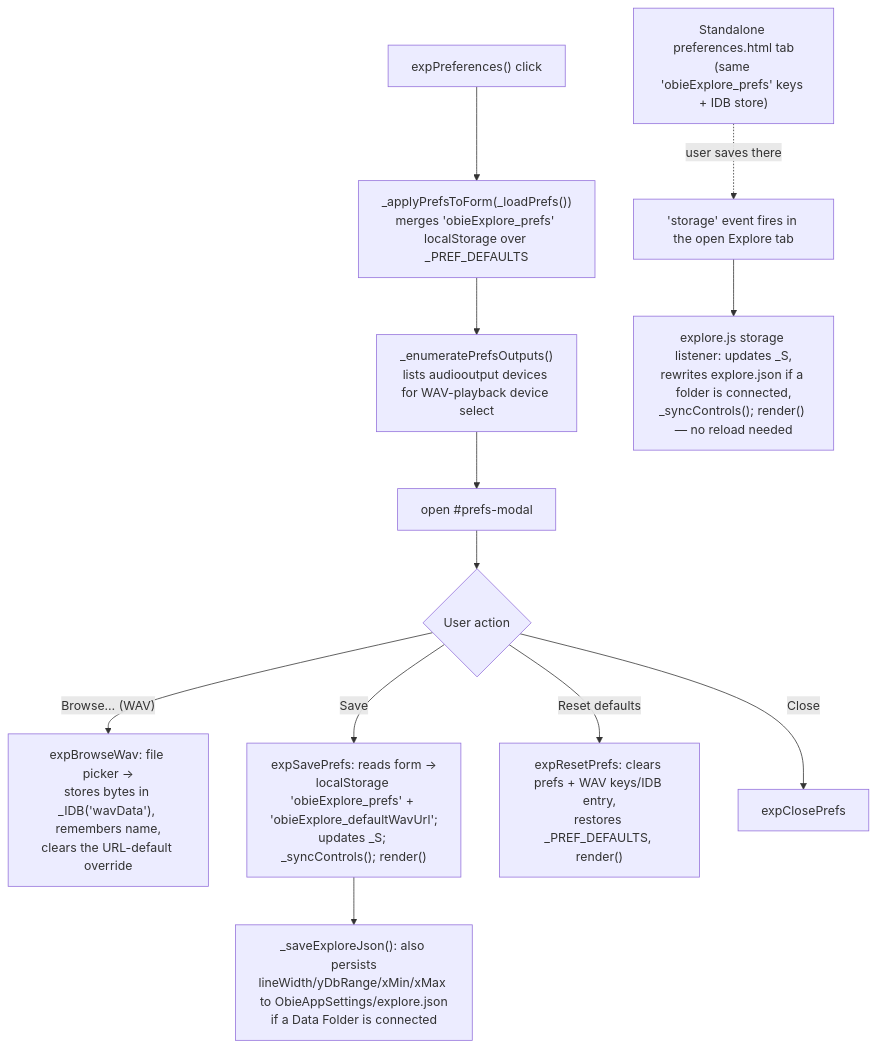
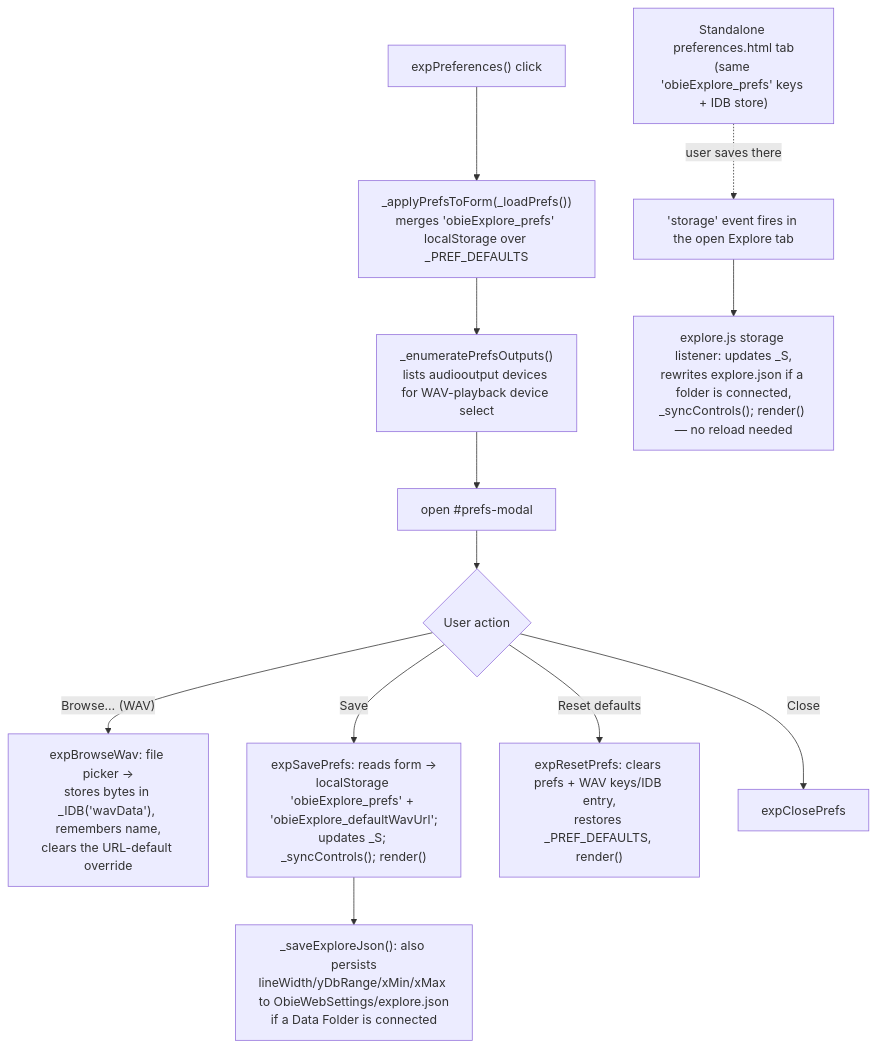
Before and after one commit to chrisbuerginrogers/ObieApp: the eighth of 8 diagrams in Web/tools/explore/FLOWCHART.md, drawn with Mermaid. The commit also changed other lines of this file and 28 other files, not shown here.

First line of the commit message:
Rename settings folder ObieAppSettings to ObieWebSettings

````diff
--- a/Web/tools/explore/FLOWCHART.md
+++ b/Web/tools/explore/FLOWCHART.md
@@ -200,14 +200,14 @@
 ```mermaid
 flowchart TD
     A["expPreferences() click"] --> B["_applyPrefsToForm(_loadPrefs())\nmerges 'obieExplore_prefs' localStorage over _PREF_DEFAULTS"]
     B --> C["_enumeratePrefsOutputs()\nlists audiooutput devices for WAV-playback device select"]
     C --> D["open #prefs-modal"]
     D --> E{"User action"}
     E -- "Browse… (WAV)" --> F["expBrowseWav: file picker ->\nstores bytes in _IDB('wavData'), remembers name,\nclears the URL-default override"]
     E -- "Save" --> G["expSavePrefs: reads form ->\nlocalStorage 'obieExplore_prefs' + 'obieExplore_defaultWavUrl';\nupdates _S; _syncControls(); render()"]
-    G --> H["_saveExploreJson(): also persists\nlineWidth/yDbRange/xMin/xMax to ObieAppSettings/explore.json\nif a Data Folder is connected"]
+    G --> H["_saveExploreJson(): also persists\nlineWidth/yDbRange/xMin/xMax to ObieWebSettings/explore.json\nif a Data Folder is connected"]
     E -- "Reset defaults" --> I["expResetPrefs: clears prefs + WAV keys/IDB entry,\nrestores _PREF_DEFAULTS, render()"]
     E -- "Close" --> J["expClosePrefs"]
     K["Standalone preferences.html tab\n(same 'obieExplore_prefs' keys + IDB store)"] -.->|"user saves there"| L["'storage' event fires in the open Explore tab"]
     L --> M["explore.js storage listener: updates _S,\nrewrites explore.json if a folder is connected,\n_syncControls(); render() — no reload needed"]
 ```
````
